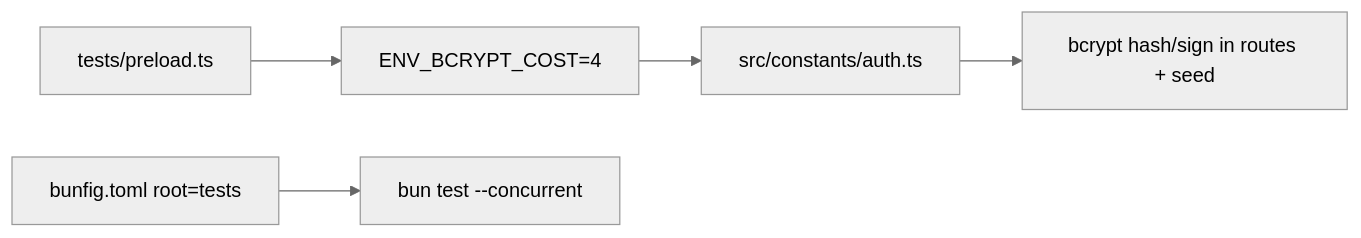
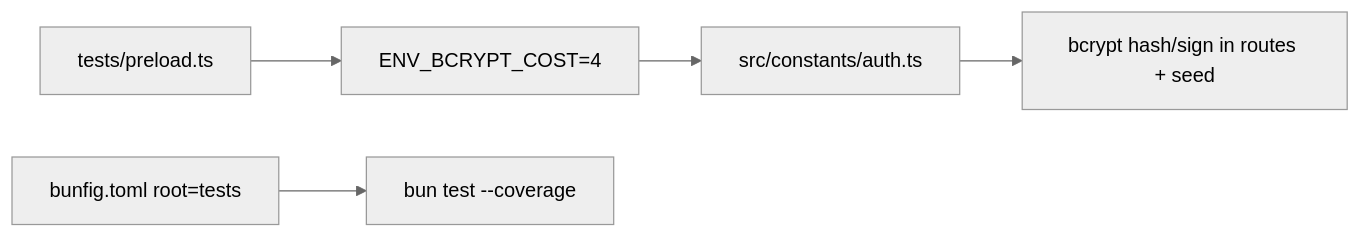
The sixth of 10 diagrams in features-logs/hono-server-crud.md (streamwhite/corymb), drawn with Mermaid (neutral theme) before and after one commit. The commit also changed other lines of this file and 73 other files, not shown here.

````diff
--- a/features-logs/hono-server-crud.md
+++ b/features-logs/hono-server-crud.md
@@ -47,7 +90,7 @@
 ```mermaid
 flowchart LR
   P[tests/preload.ts] --> E["ENV_BCRYPT_COST=4"]
   E --> A[src/constants/auth.ts]
   A --> B[bcrypt hash/sign in routes + seed]
-  C[bunfig.toml root=tests] --> D[bun test --concurrent]
+  C[bunfig.toml root=tests] --> D[bun test --coverage]
 ```
````
